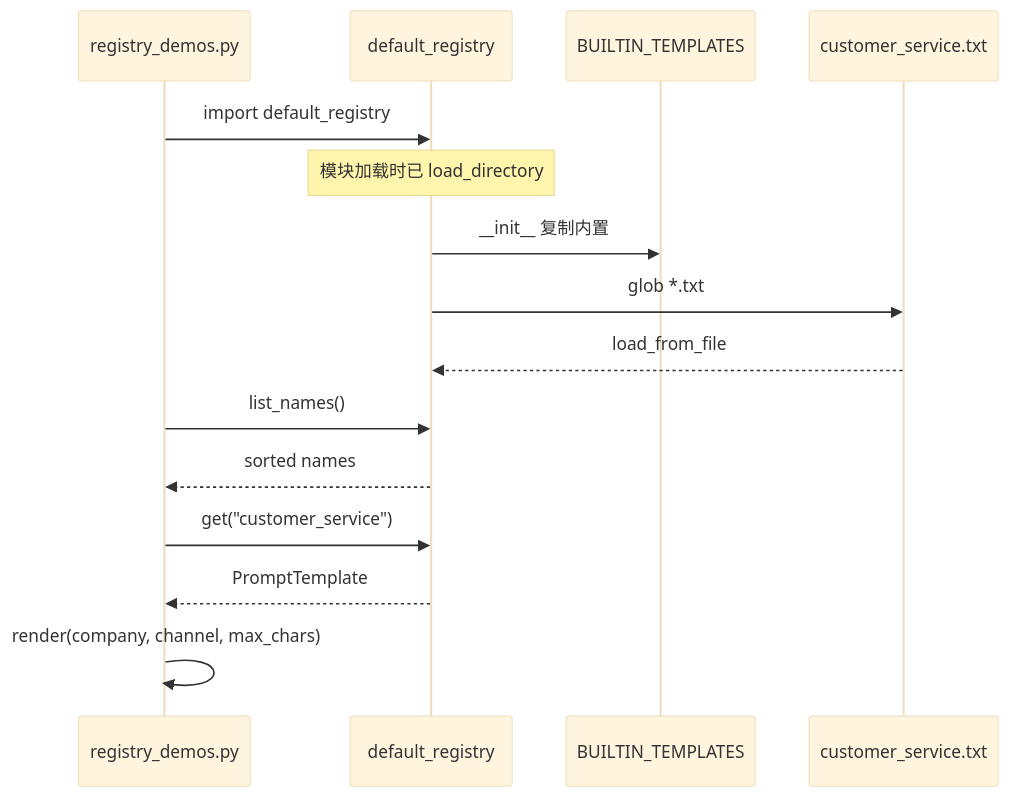
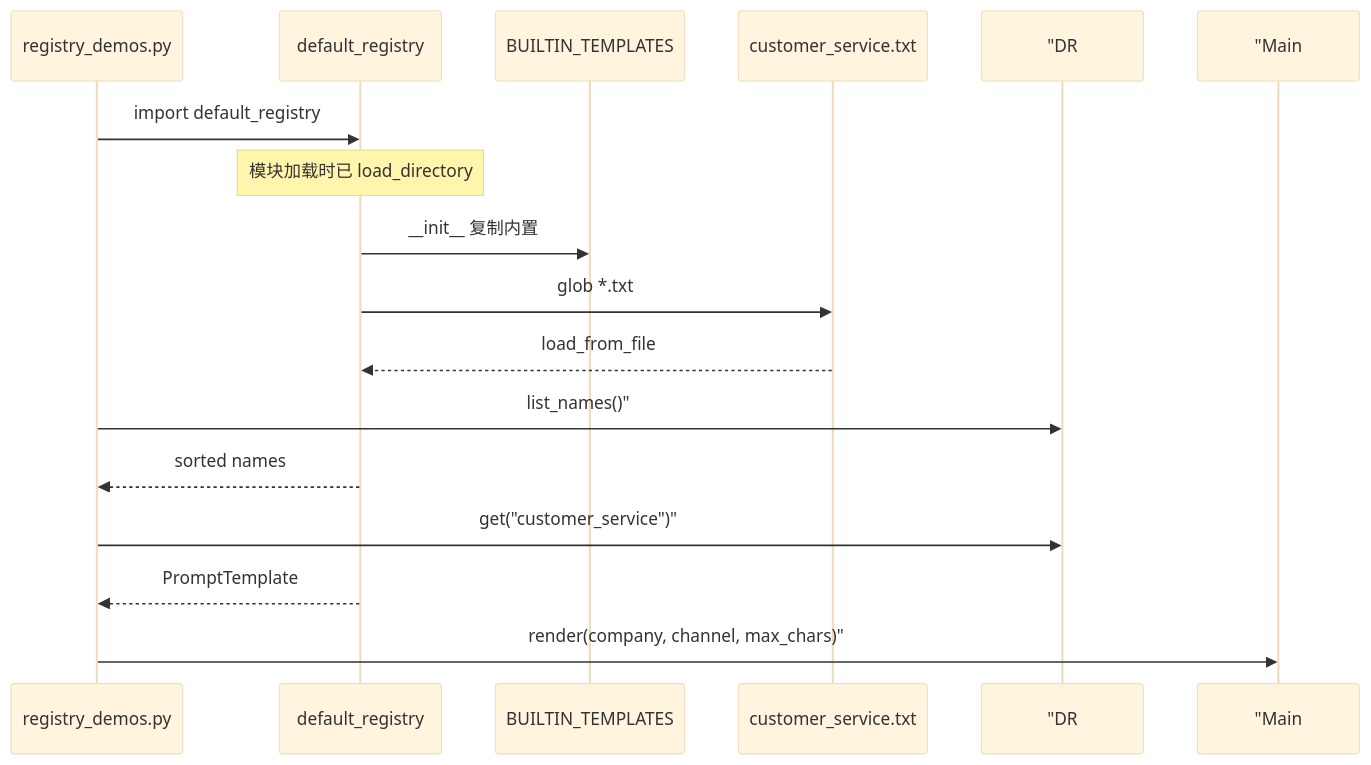
Before and after one commit to ab6539763/70_days_course_plus: the fourth of 10 diagrams in course/day17/04_流程图与示意图.md, drawn with Mermaid (base theme). The commit also changed other lines of this file and 134 other files, not shown here.

````diff
--- a/course/day17/04_流程图与示意图.md
+++ b/course/day17/04_流程图与示意图.md
@@ -59,18 +59,18 @@
 ```mermaid
 sequenceDiagram
     participant Main as registry_demos.py
     participant DR as default_registry
     participant Lib as BUILTIN_TEMPLATES
     participant File as customer_service.txt
 
     Main->>DR: import default_registry
     Note over DR: 模块加载时已 load_directory
     DR->>Lib: __init__ 复制内置
     DR->>File: glob *.txt
     File-->>DR: load_from_file
-    Main->>DR: list_names()
+    Main->> "DR: list_names()"
     DR-->>Main: sorted names
-    Main->>DR: get("customer_service")
+    Main->> "DR: get("customer_service")"
     DR-->>Main: PromptTemplate
-    Main->>Main: render(company, channel, max_chars)
+    Main->> "Main: render(company, channel, max_chars)"
 ```
````
